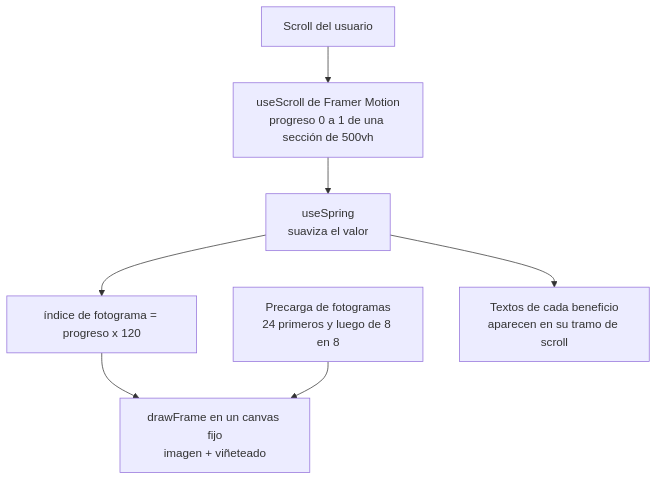
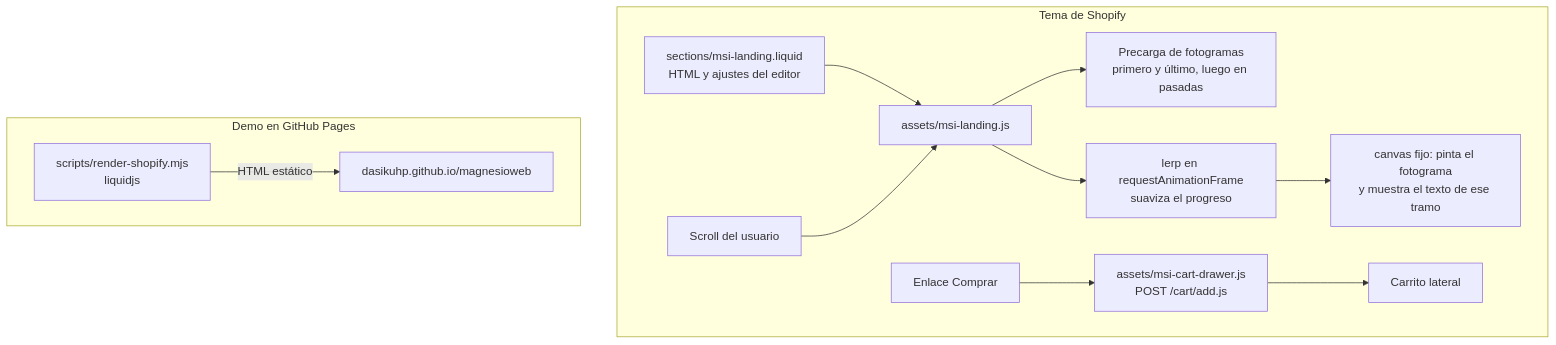
Before and after one commit to DasikuHp/magnesioweb: the diagram in README.md, drawn with Mermaid. The commit also changed other lines of this file and 8 other files, not shown here.

Commit message:
README: versión final en Shopify, prototipo en Next.js y cómo funciona cada uno

````diff
--- a/README.md
+++ b/README.md
@@ -51,9 +67,15 @@
 ```mermaid
 flowchart TB
-    S[Scroll del usuario] --> U[useScroll de Framer Motion<br/>progreso 0 a 1 de una sección de 500vh]
-    U --> SP[useSpring<br/>suaviza el valor]
-    SP --> I[índice de fotograma = progreso x 120]
-    I --> D[drawFrame en un canvas fijo<br/>imagen + viñeteado]
-    P[Precarga de fotogramas<br/>24 primeros y luego de 8 en 8] --> D
-    SP --> T[Textos de cada beneficio<br/>aparecen en su tramo de scroll]
+    subgraph Tema de Shopify
+        L[sections/msi-landing.liquid<br/>HTML y ajustes del editor] --> JS[assets/msi-landing.js]
+        JS --> P[Precarga de fotogramas<br/>primero y último, luego en pasadas]
+        S[Scroll del usuario] --> JS
+        JS --> LERP[lerp en requestAnimationFrame<br/>suaviza el progreso]
+        LERP --> C[canvas fijo: pinta el fotograma<br/>y muestra el texto de ese tramo]
+        B[Enlace Comprar] --> D[assets/msi-cart-drawer.js<br/>POST /cart/add.js]
+        D --> CL[Carrito lateral]
+    end
+    subgraph Demo en GitHub Pages
+        R[scripts/render-shopify.mjs<br/>liquidjs] -->|HTML estático| PG[dasikuhp.github.io/magnesioweb]
+    end
 ```
````
